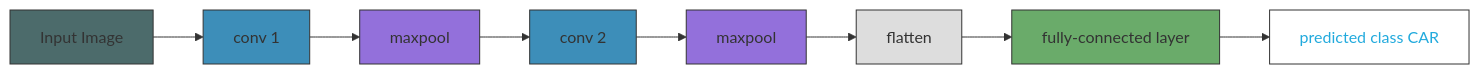
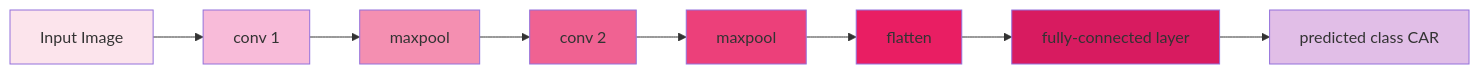
The fifth of 6 diagrams in C_2.md (Chaklader/landmark-classification-cnn), drawn with Mermaid before and after one commit. The commit also changed other lines of this file, not shown here.

````diff
--- a/C_2.md
+++ b/C_2.md
@@ -1064,19 +1066,19 @@
 ```mermaid
 flowchart LR
     A["Input Image"] --> B["conv 1"]
     B --> C["maxpool"]
     C --> D["conv 2"]
     D --> E["maxpool"]
     E --> F["flatten"]
     F --> G["fully-connected layer"]
     G --> H["predicted class CAR"]
 
-    style A fill:#4C6B6B,stroke:#333,stroke-width:1px
-    style B fill:#3D8EB9,stroke:#333,stroke-width:1px
-    style C fill:#9370DB,stroke:#333,stroke-width:1px
-    style D fill:#3D8EB9,stroke:#333,stroke-width:1px
-    style E fill:#9370DB,stroke:#333,stroke-width:1px
-    style F fill:#DDDDDD,stroke:#333,stroke-width:1px
-    style G fill:#6AAB6A,stroke:#333,stroke-width:1px
-    style H fill:#FFFFFF,stroke:#333,stroke-width:1px,color:#22AADD
+style A fill:#FCE4EC
+style B fill:#F8BBD9
+style C fill:#F48FB1
+style D fill:#F06292
+style E fill:#EC407A
+style F fill:#E91E63
+style G fill:#D81B60
+style H fill:#E1BEE7
 ```
````
